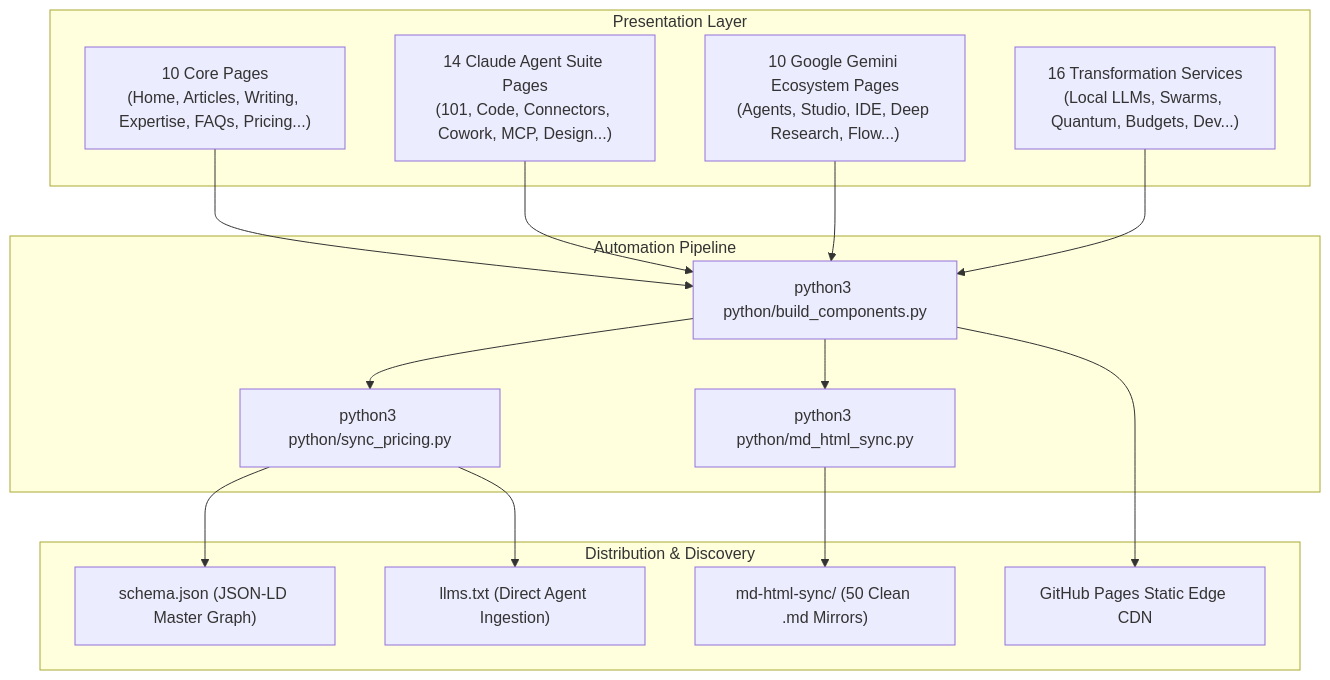
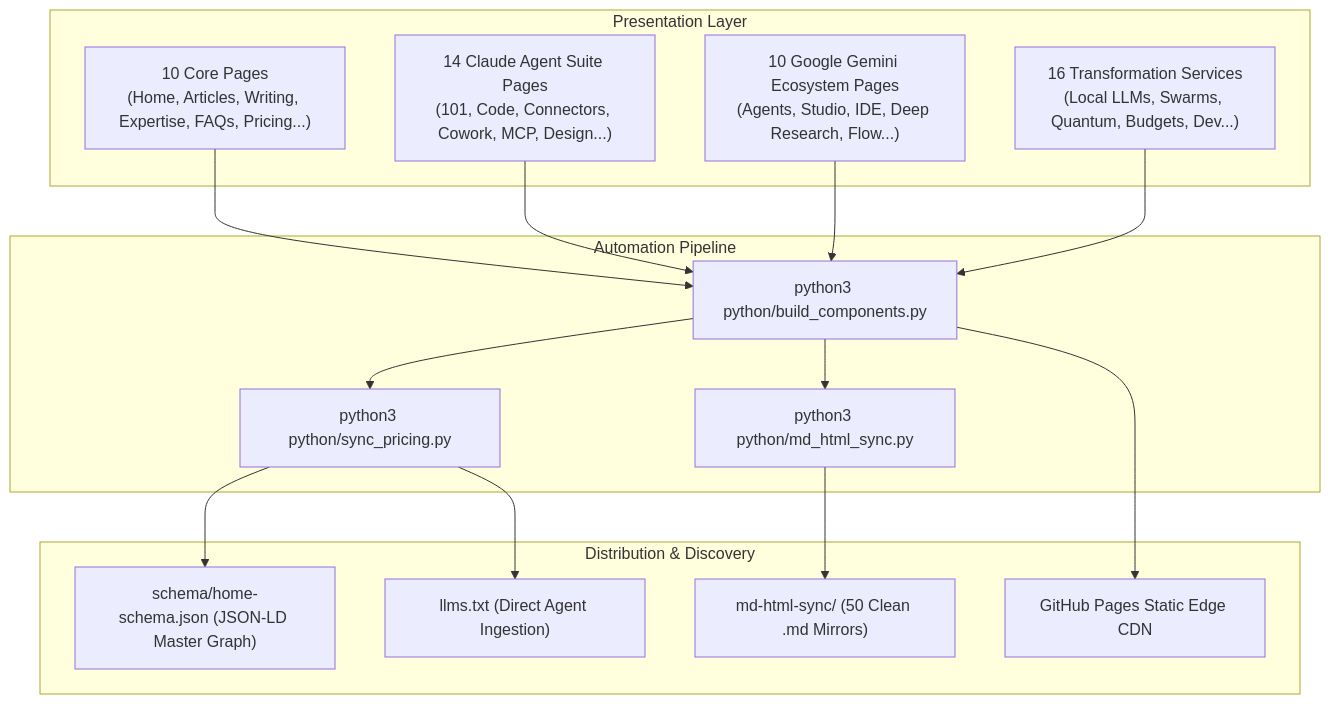
One commit to thomascherickal/thomascherickal.github.io changed the second of 2 diagrams in README.md. Above: the diagram before and after it, drawn with Mermaid. The commit also changed other lines of this file and 219 other files, not shown here.

Commit message:
refactor: delete root schema.json, update pricing and schemas to schema/home-schema.json, and sync data models

````diff
--- a/README.md
+++ b/README.md
@@ -155,33 +155,33 @@
 ```mermaid
 graph TD
   subgraph Presentation Layer
     CorePages["10 Core Pages<br/>(Home, Articles, Writing, Expertise, FAQs, Pricing...)"]
     ClaudePages["14 Claude Agent Suite Pages<br/>(101, Code, Connectors, Cowork, MCP, Design...)"]
     GeminiPages["10 Google Gemini Ecosystem Pages<br/>(Agents, Studio, IDE, Deep Research, Flow...)"]
     ServicePages["16 Transformation Services<br/>(Local LLMs, Swarms, Quantum, Budgets, Dev...)"]
   end
 
   subgraph Automation Pipeline
     Build["python3 python/build_components.py"]
     Pricing["python3 python/sync_pricing.py"]
     Sync["python3 python/md_html_sync.py"]
   end
 
   subgraph Distribution & Discovery
-    Schema["schema.json (JSON-LD Master Graph)"]
+    Schema["schema/home-schema.json (JSON-LD Master Graph)"]
     LLMSTxt["llms.txt (Direct Agent Ingestion)"]
     Markdown["md-html-sync/ (50 Clean .md Mirrors)"]
     Edge["GitHub Pages Static Edge CDN"]
   end
 
   CorePages --> Build
   ClaudePages --> Build
   GeminiPages --> Build
   ServicePages --> Build
   Build --> Pricing
   Build --> Sync
   Pricing --> Schema
   Pricing --> LLMSTxt
   Sync --> Markdown
   Build --> Edge
 ```
````
